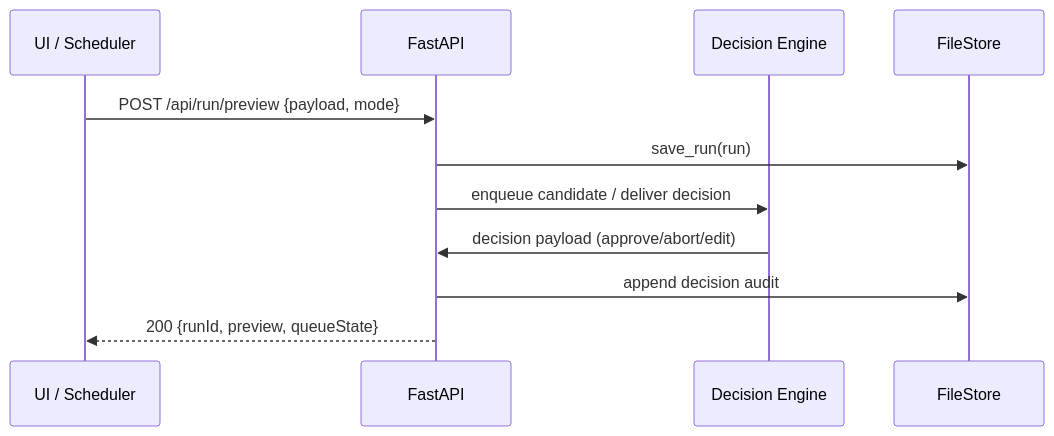
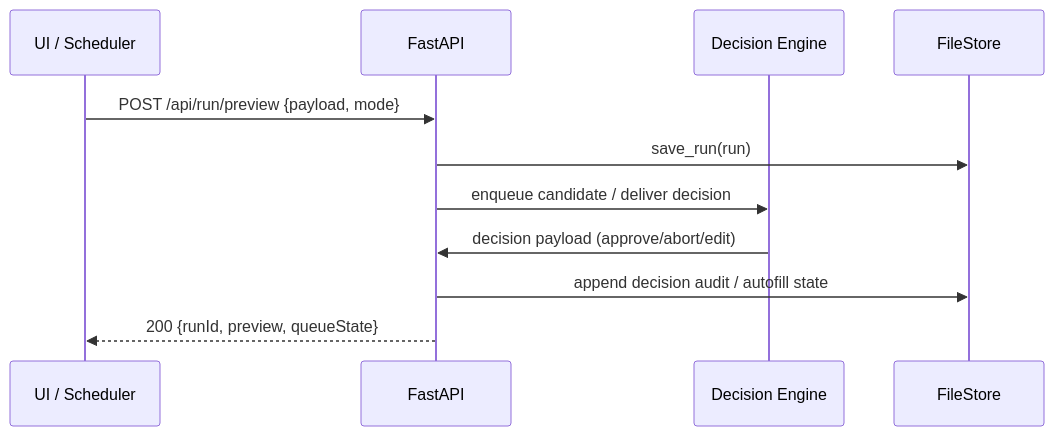
The diagram in docs/architecture/backend-architecture.md (MichaelSParkin3/Job-AI-Auto-Apply), drawn with Mermaid before and after one commit. The commit also changed other lines of this file and 16 other files, not shown here.

````diff
--- a/docs/architecture/backend-architecture.md
+++ b/docs/architecture/backend-architecture.md
@@ -47,13 +47,13 @@
 ```mermaid
 sequenceDiagram
   participant UI as UI / Scheduler
   participant API as FastAPI
   participant DEC as Decision Engine
   participant FS as FileStore
   UI->>API: POST /api/run/preview {payload, mode}
   API->>FS: save_run(run)
   API->>DEC: enqueue candidate / deliver decision
   DEC->>API: decision payload (approve/abort/edit)
-  API->>FS: append decision audit
+  API->>FS: append decision audit / autofill state
   API-->>UI: 200 {runId, preview, queueState}
 ```
````
